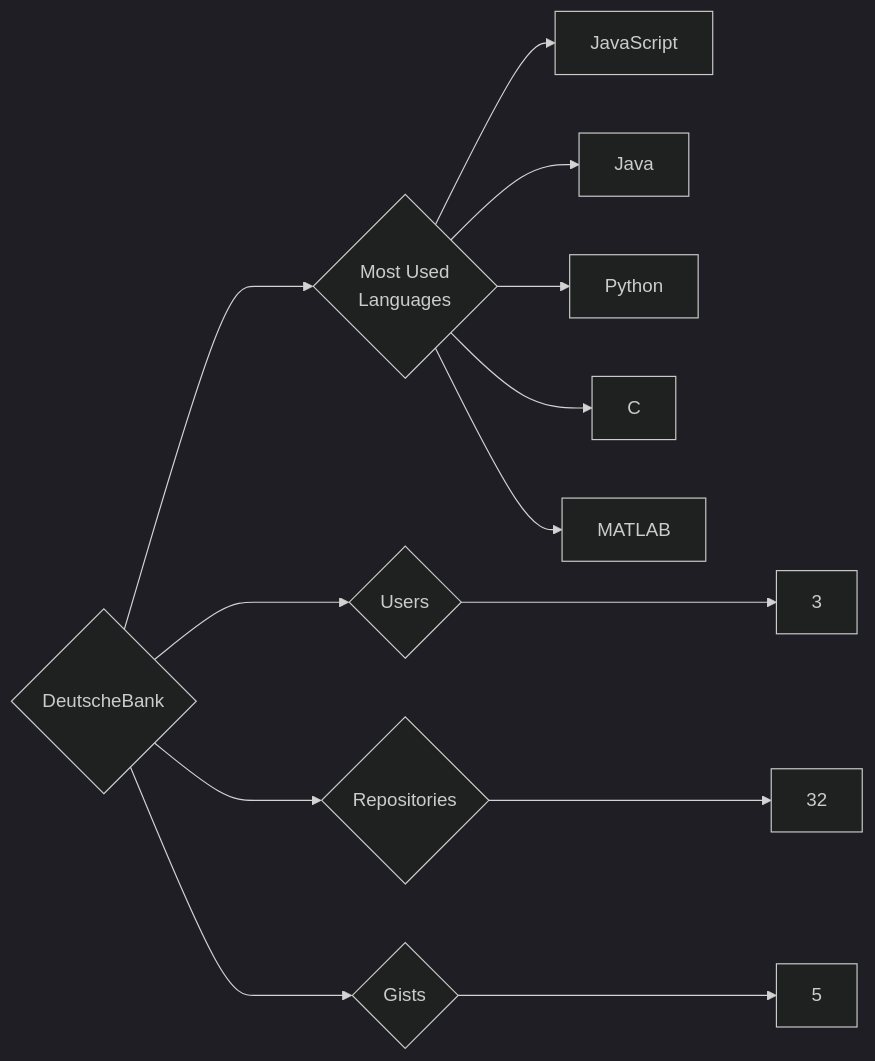
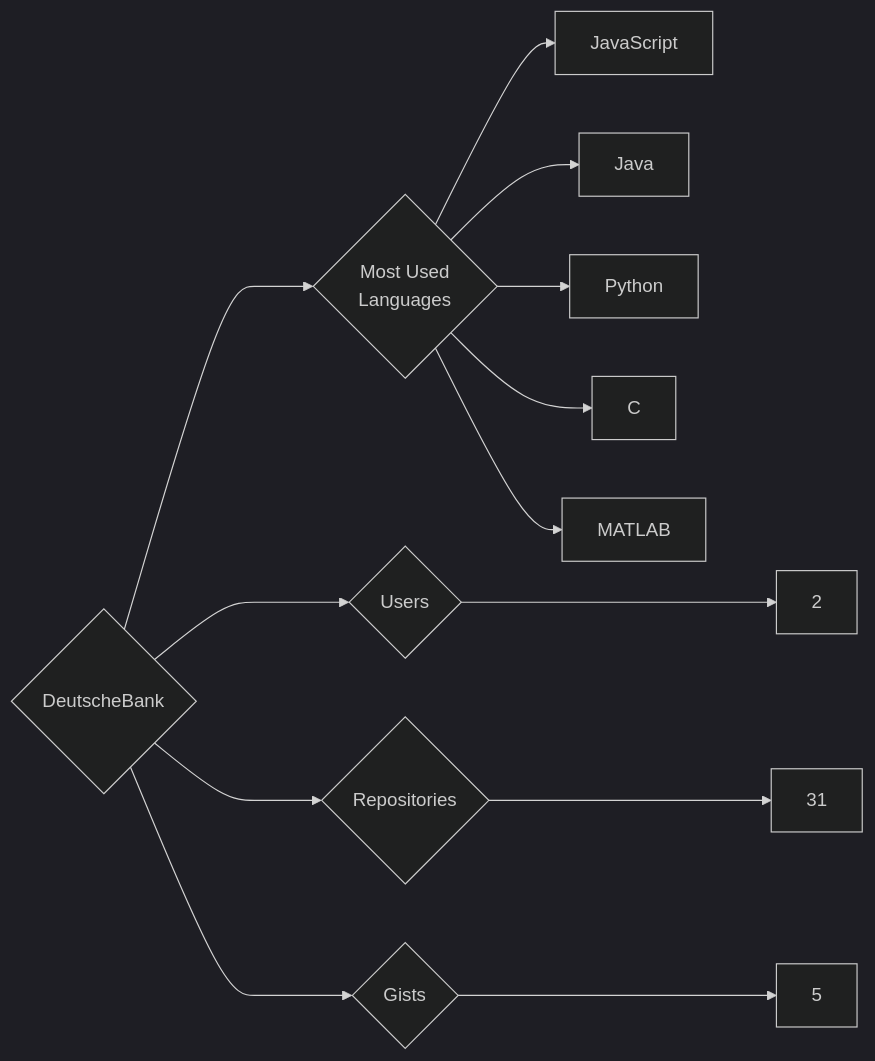
One commit to trickest/insiders changed the diagram in targets/DeutscheBank/README.md. Above: the diagram before and after it, drawn with Mermaid (dark theme). The commit also changed 934 other files, not shown here.

````diff
--- a/targets/DeutscheBank/README.md
+++ b/targets/DeutscheBank/README.md
@@ -3,13 +3,13 @@
 ```mermaid
 graph LR
 COMPANY_NAME{DeutscheBank}
-COMPANY_NAME ---> U{Users} ---> UN[3]
-COMPANY_NAME ---> R{Repositories} ---> RN[32]
+COMPANY_NAME ---> U{Users} ---> UN[2]
+COMPANY_NAME ---> R{Repositories} ---> RN[31]
 COMPANY_NAME ---> G{Gists} ---> GN[5]
 COMPANY_NAME ---> ML{Most Used<br>Languages}
 ML --> JavaScript[JavaScript]
 ML --> Java[Java]
 ML --> Python[Python]
 ML --> C[C]
 ML --> MATLAB[MATLAB]
 ```
````
